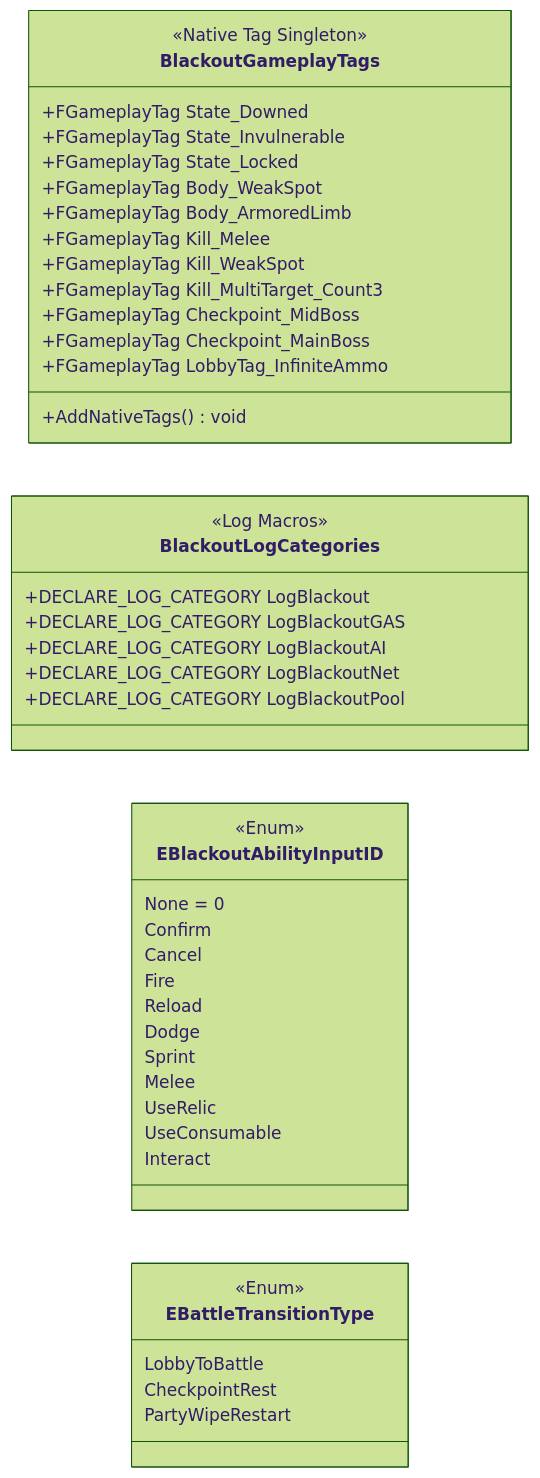
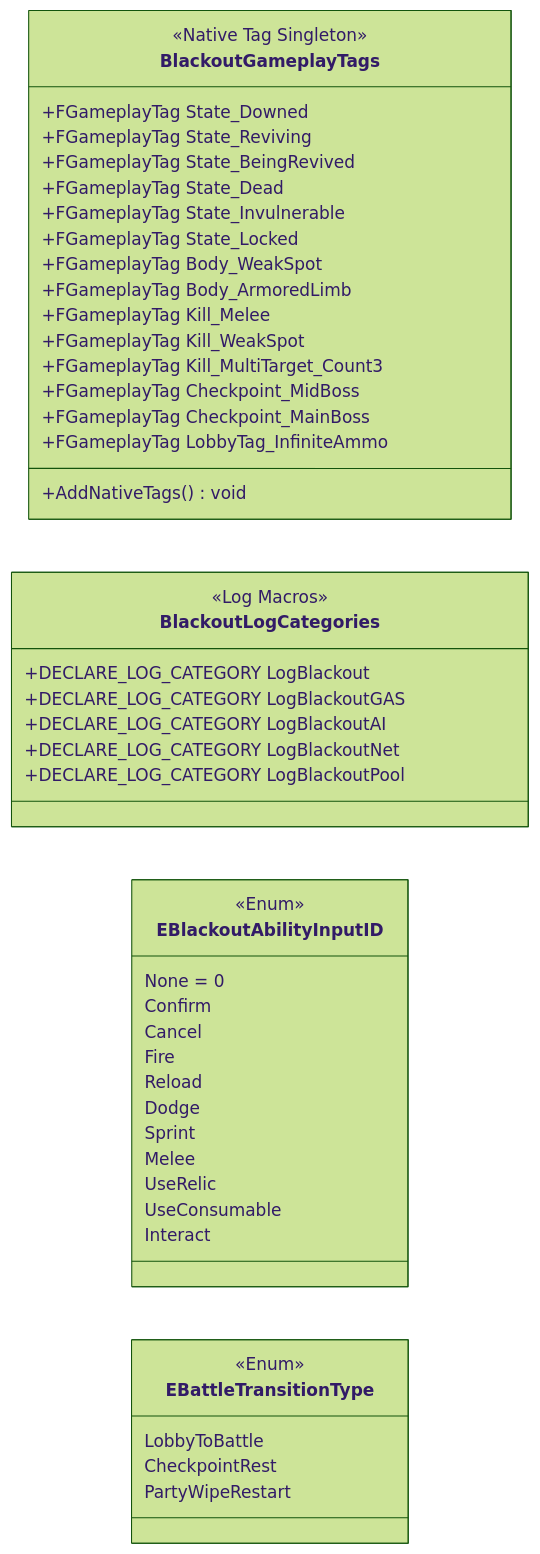
Before and after one commit to ThunderVolt45/ProjectBlackout: the diagram in Docs/Foundation/07_Utilities_Tags_Logging.md, drawn with Mermaid (forest theme). The commit also changed 4 other files, not shown here.

````diff
--- a/Docs/Foundation/07_Utilities_Tags_Logging.md
+++ b/Docs/Foundation/07_Utilities_Tags_Logging.md
@@ -5,51 +5,54 @@
 ```mermaid
 classDiagram
     direction LR
 
     class BlackoutGameplayTags {
         <<Native Tag Singleton>>
         +FGameplayTag State_Downed
+        +FGameplayTag State_Reviving
+        +FGameplayTag State_BeingRevived
+        +FGameplayTag State_Dead
         +FGameplayTag State_Invulnerable
         +FGameplayTag State_Locked
         +FGameplayTag Body_WeakSpot
         +FGameplayTag Body_ArmoredLimb
         +FGameplayTag Kill_Melee
         +FGameplayTag Kill_WeakSpot
         +FGameplayTag Kill_MultiTarget_Count3
         +FGameplayTag Checkpoint_MidBoss
         +FGameplayTag Checkpoint_MainBoss
         +FGameplayTag LobbyTag_InfiniteAmmo
         +AddNativeTags() void
     }
 
     class BlackoutLogCategories {
         <<Log Macros>>
         +DECLARE_LOG_CATEGORY LogBlackout
         +DECLARE_LOG_CATEGORY LogBlackoutGAS
         +DECLARE_LOG_CATEGORY LogBlackoutAI
         +DECLARE_LOG_CATEGORY LogBlackoutNet
         +DECLARE_LOG_CATEGORY LogBlackoutPool
     }
 
     class EBlackoutAbilityInputID {
         <<Enum>>
         None = 0
         Confirm
         Cancel
         Fire
         Reload
         Dodge
         Sprint
         Melee
         UseRelic
         UseConsumable
         Interact
     }
 
     class EBattleTransitionType {
         <<Enum>>
         LobbyToBattle
         CheckpointRest
         PartyWipeRestart
     }
 ```
````
